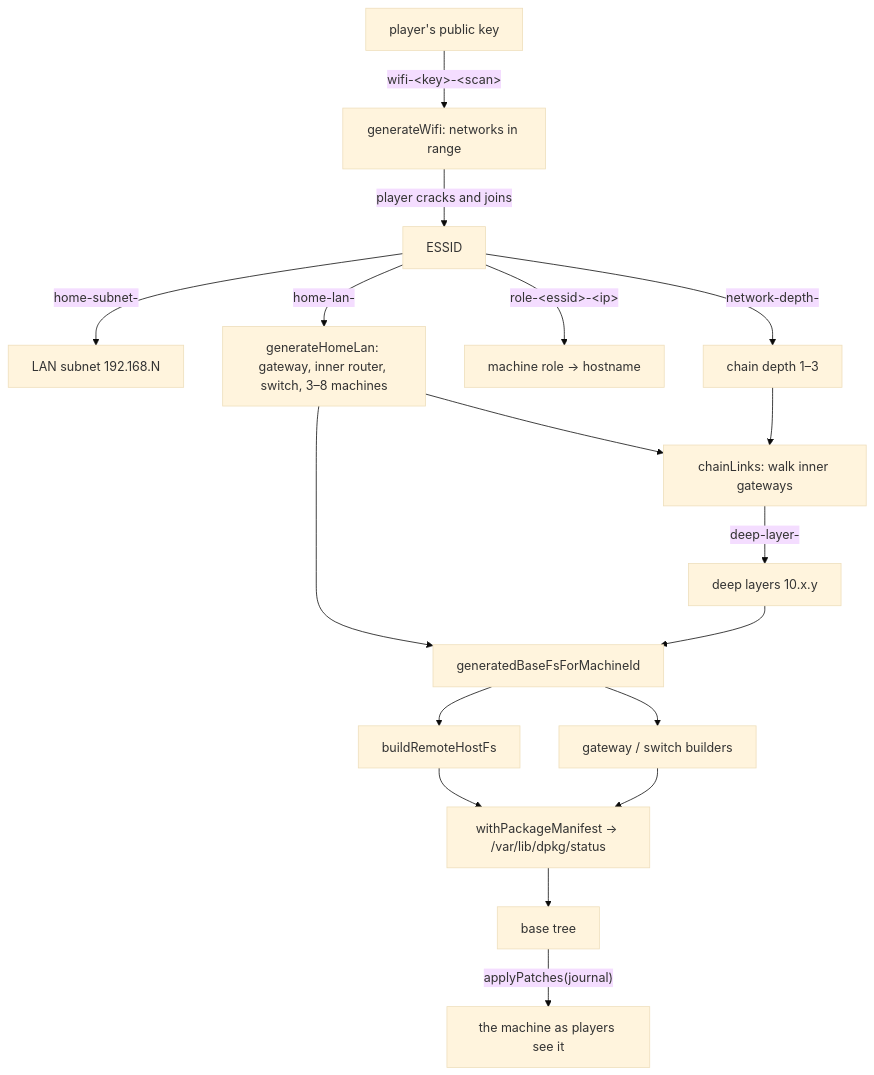
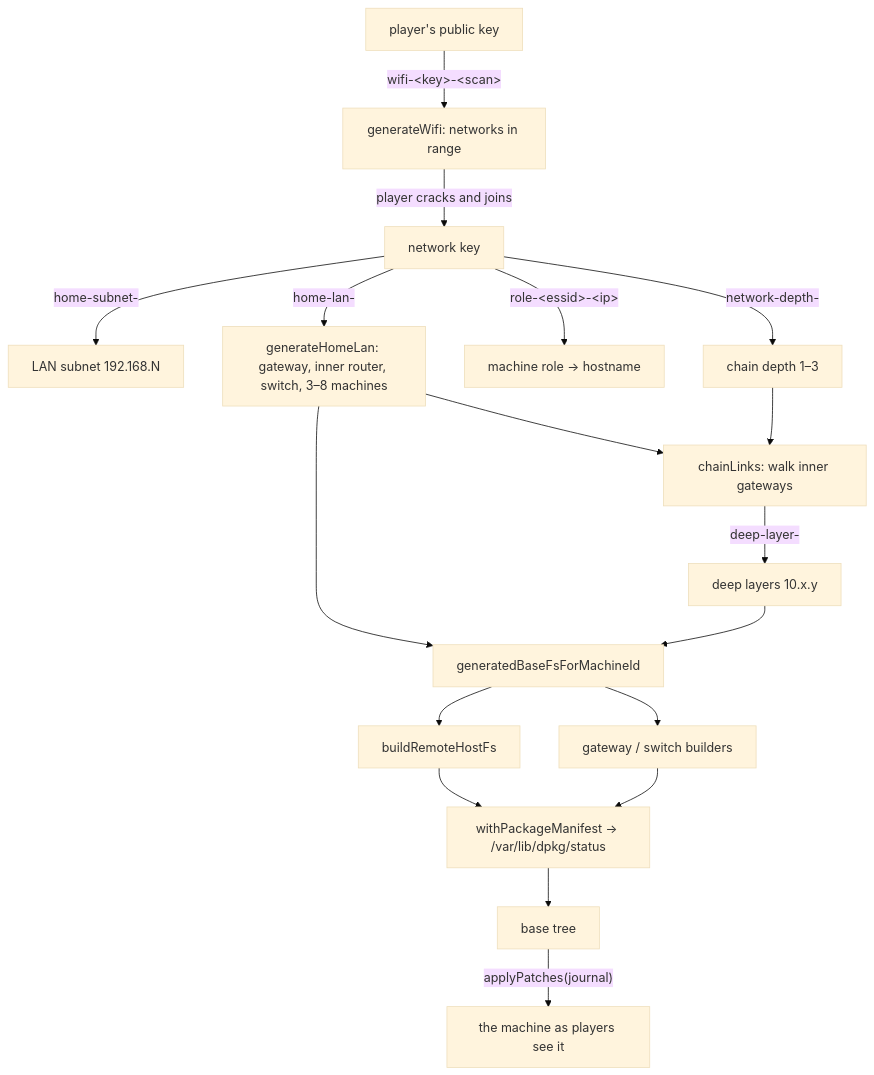
One commit to jscriptcoder/jshack.me changed the diagram in docs/handbook/06-world-generation.md. Above: the diagram before and after it, drawn with Mermaid (base theme). The commit also changed other lines of this file and 12 other files, not shown here.

````diff
--- a/docs/handbook/06-world-generation.md
+++ b/docs/handbook/06-world-generation.md
@@ -24,20 +27,20 @@
 ```mermaid
 flowchart TD
   K["player's public key"] -->|"wifi-&lt;key&gt;-&lt;scan&gt;"| W["generateWifi: networks in range"]
-  W -->|"player cracks and joins"| E["ESSID"]
+  W -->|"player cracks and joins"| E["network key"]
   E -->|"home-subnet-"| SUB["LAN subnet 192.168.N"]
   E -->|"home-lan-"| LAN["generateHomeLan: gateway, inner router, switch, 3–8 machines"]
   E -->|"role-&lt;essid&gt;-&lt;ip&gt;"| ROLE["machine role → hostname"]
   E -->|"network-depth-"| DEPTH["chain depth 1–3"]
   LAN --> CHAIN["chainLinks: walk inner gateways"]
   DEPTH --> CHAIN
   CHAIN -->|"deep-layer-"| DL["deep layers 10.x.y"]
   LAN --> LOOK["generatedBaseFsForMachineId"]
   DL --> LOOK
   LOOK --> NPC["buildRemoteHostFs"]
   LOOK --> GW["gateway / switch builders"]
   NPC --> MAN["withPackageManifest → /var/lib/dpkg/status"]
   GW --> MAN
   MAN --> BASE["base tree"]
   BASE -->|"applyPatches(journal)"| LIVE["the machine as players see it"]
 ```
````
